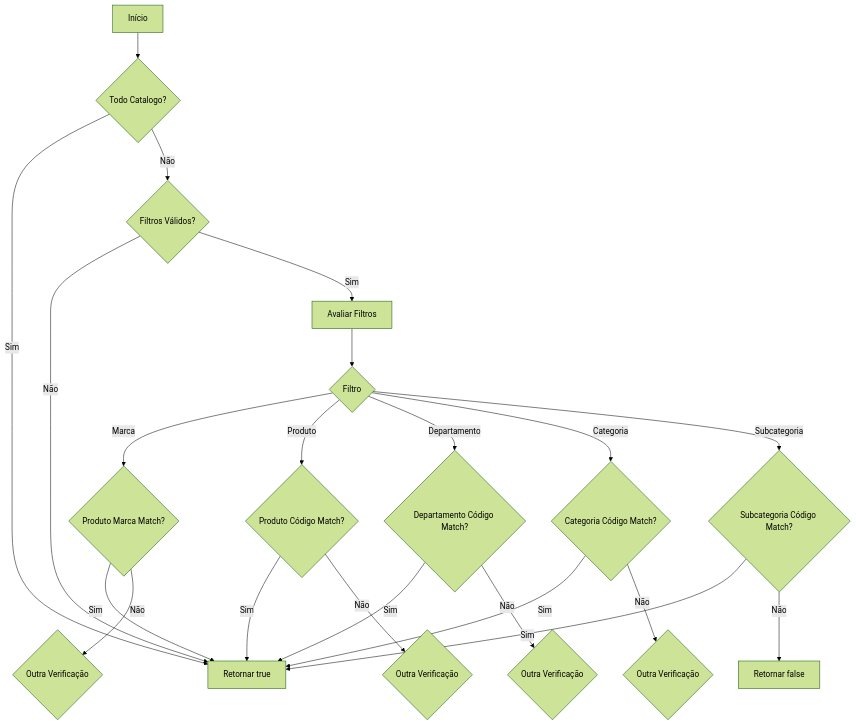
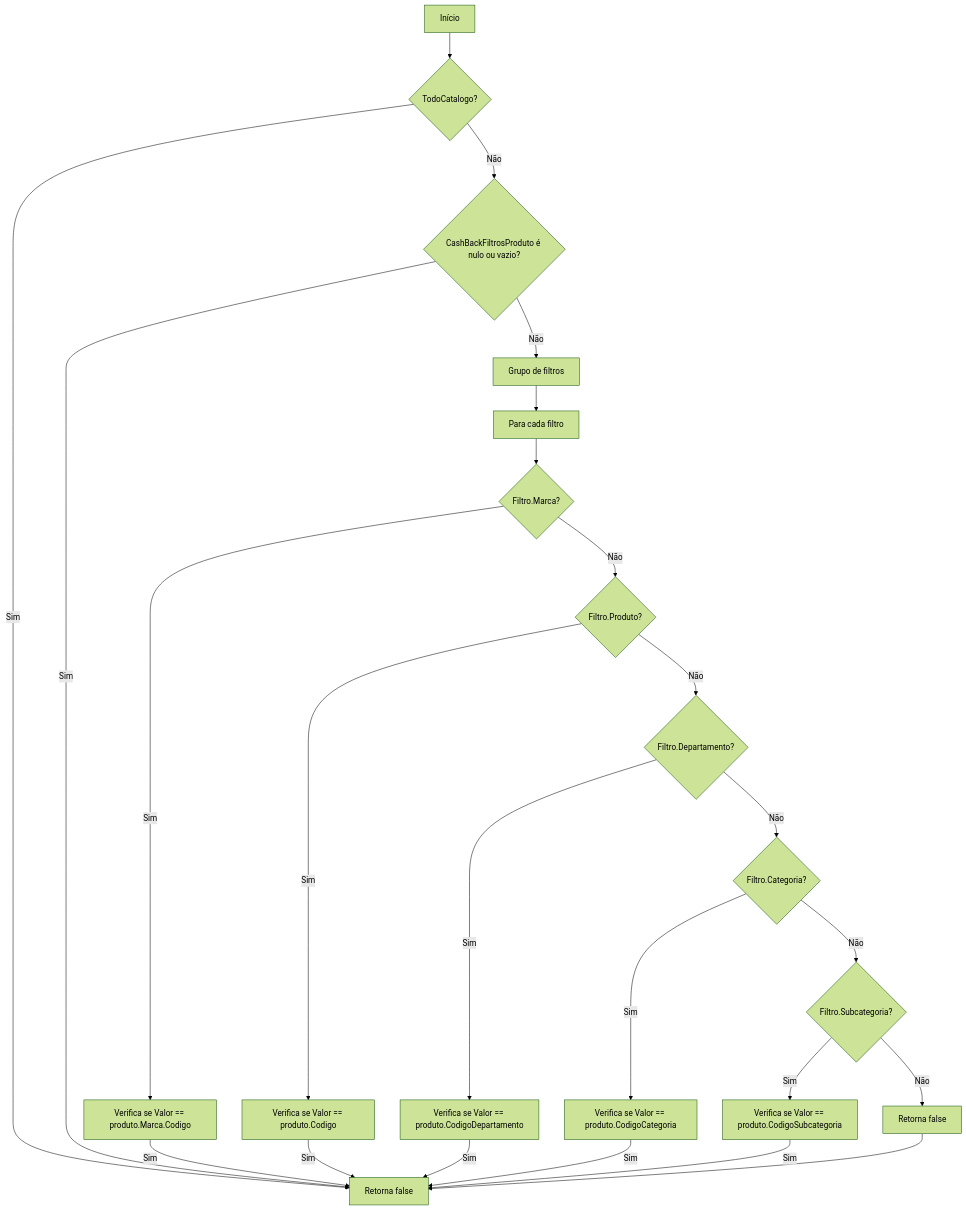
One commit to IsthmusSistemas/documentacao-tecnica changed the first of 2 diagrams in docs/b2b-dominio/IsthmusWinthor.Nucleo/IsthmusWinthor.Dominio/Entidades/CashBackCampanha.md. Above: the diagram before and after it, drawn with Mermaid (forest theme). The commit also changed other lines of this file and 882 other files, not shown here.

````diff
--- a/docs/b2b-dominio/IsthmusWinthor.Nucleo/IsthmusWinthor.Dominio/Entidades/CashBackCampanha.md
+++ b/docs/b2b-dominio/IsthmusWinthor.Nucleo/IsthmusWinthor.Dominio/Entidades/CashBackCampanha.md
@@ -20,24 +19,26 @@
 ```mermaid
 flowchart TD
-    A[Início] --> B{Todo Catalogo?}
-    B -- Sim --> C[Retornar true]
-    B -- Não --> D{Filtros Válidos?}
-    D -- Não --> C
-    D -- Sim --> E[Avaliar Filtros]
-    E --> F{Filtro}
-    F -->|Marca| G{Produto Marca Match?}
-    G -->|Sim| C
-    G -->|Não| H{Outra Verificação}
-    F -->|Produto| I{Produto Código Match?}
-    I -->|Sim| C
-    I -->|Não| J{Outra Verificação}
-    F -->|Departamento| K{Departamento Código Match?}
-    K -->|Sim| C
-    K -->|Não| L{Outra Verificação}
-    F -->|Categoria| M{Categoria Código Match?}
-    M -->|Sim| C
-    M -->|Não| N{Outra Verificação}
-    F -->|Subcategoria| O{Subcategoria Código Match?}
-    O -->|Sim| C
-    O -->|Não| P[Retornar false]
+    A[Início] --> B{TodoCatalogo?}
+    B -->|Sim| C[Retorna true]
+    B -->|Não| D{CashBackFiltrosProduto é nulo ou vazio?}
+    D -->|Sim| C[Retorna true]
+    D -->|Não| E[Grupo de filtros]
+    E --> F[Para cada filtro]
+    F --> G{Filtro.Marca?}
+    G -->|Sim| H[Verifica se Valor == produto.Marca.Codigo]
+    G -->|Não| I{Filtro.Produto?}
+    I -->|Sim| J[Verifica se Valor == produto.Codigo]
+    I -->|Não| K{Filtro.Departamento?}
+    K -->|Sim| L[Verifica se Valor == produto.CodigoDepartamento]
+    K -->|Não| M{Filtro.Categoria?}
+    M -->|Sim| N[Verifica se Valor == produto.CodigoCategoria]
+    M -->|Não| O{Filtro.Subcategoria?}
+    O -->|Sim| P[Verifica se Valor == produto.CodigoSubcategoria]
+    O -->|Não| Q[Retorna false]
+    H -->|Sim| C[Retorna true]
+    J -->|Sim| C[Retorna true]
+    L -->|Sim| C[Retorna true]
+    N -->|Sim| C[Retorna true]
+    P -->|Sim| C[Retorna true]
+    Q --> C[Retorna false]
 ```
````
